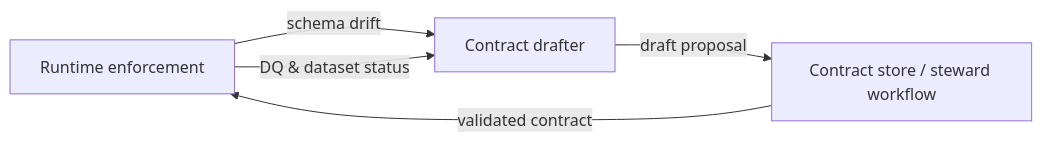
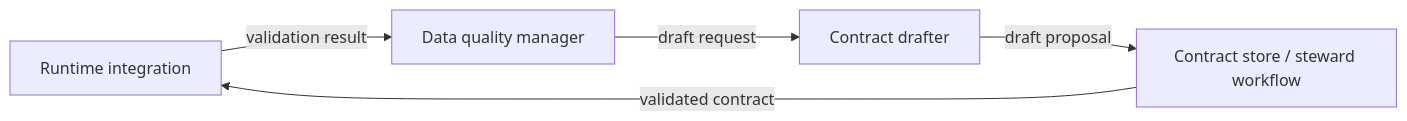
The diagram in docs/component-contract-drafter.md (NextLab-SRL/dc43), drawn with Mermaid before and after one commit. The commit also changed other lines of this file and 17 other files, not shown here.

Commit message:
Fix data quality manager module docstring

````diff
--- a/docs/component-contract-drafter.md
+++ b/docs/component-contract-drafter.md
@@ -21,7 +22,7 @@
 ```mermaid
 flowchart LR
-    Runtime["Runtime enforcement"] -->|schema drift| Drafter["Contract drafter"]
-    Runtime -->|DQ & dataset status| Drafter
+    Integration["Runtime integration"] -->|validation result| DQMgr["Data quality manager"]
+    DQMgr -->|draft request| Drafter["Contract drafter"]
     Drafter -->|draft proposal| Governance["Contract store / steward workflow"]
-    Governance -->|validated contract| Runtime
+    Governance -->|validated contract| Integration
 ```
````
